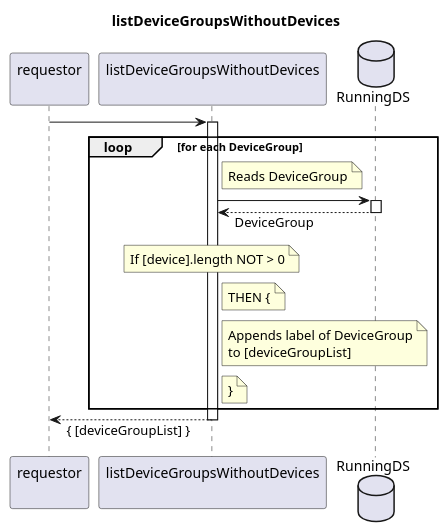
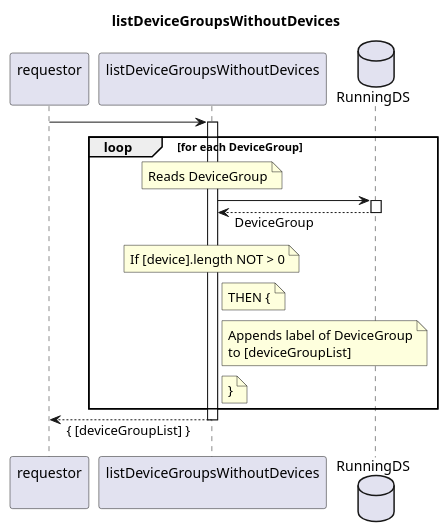
One commit to openBackhaul/FirmWareManager changed the diagram in spec/Services/listDeviceGroupsWithoutDevices/1.0.0/listDeviceGroupsWithoutDevices.plantuml. Above: the diagram before and after it, drawn with PlantUML. The commit also changed 32 other files, not shown here.

Commit message:
Finalize sequence diagram of InterpretationFunctions

```diff
--- a/spec/Services/listDeviceGroupsWithoutDevices/1.0.0/listDeviceGroupsWithoutDevices.plantuml
+++ b/spec/Services/listDeviceGroupsWithoutDevices/1.0.0/listDeviceGroupsWithoutDevices.plantuml
@@ -1,41 +1,41 @@
 @startuml listDeviceGroupsWithoutDevices
 skinparam responseMessageBelowArrow true
 
 title
   listDeviceGroupsWithoutDevices
 end title
 
 participant "requestor\n" as requestor
 participant "listDeviceGroupsWithoutDevices\n" as indServ
 database "RunningDS" as RunDS
 
 requestor -> indServ
 activate indServ
 
   loop for each DeviceGroup
-    note right indServ
+    note over indServ
       Reads DeviceGroup
     end note
     indServ -> RunDS
     activate RunDS
     indServ <-- RunDS: DeviceGroup
     deactivate RunDS
     note over indServ
       If [device].length NOT > 0
     end note
     note right indServ
       THEN {
     end note
     note right indServ
       Appends label of DeviceGroup
       to [deviceGroupList]
     end note
     note right indServ
       }
     end note
   end loop
 
 requestor <-- indServ: { [deviceGroupList] }
 deactivate indServ
 
 @enduml
```
